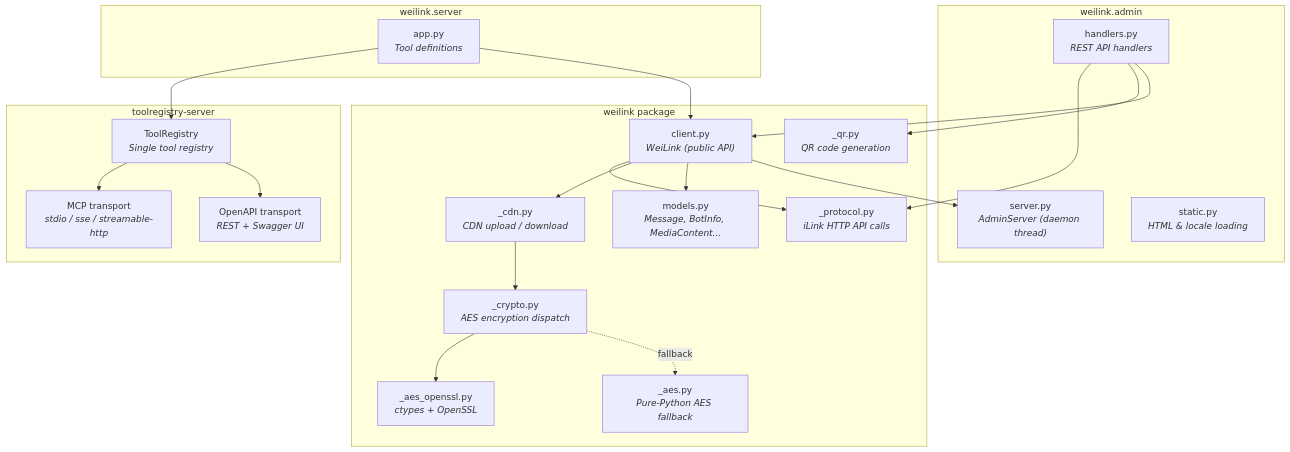
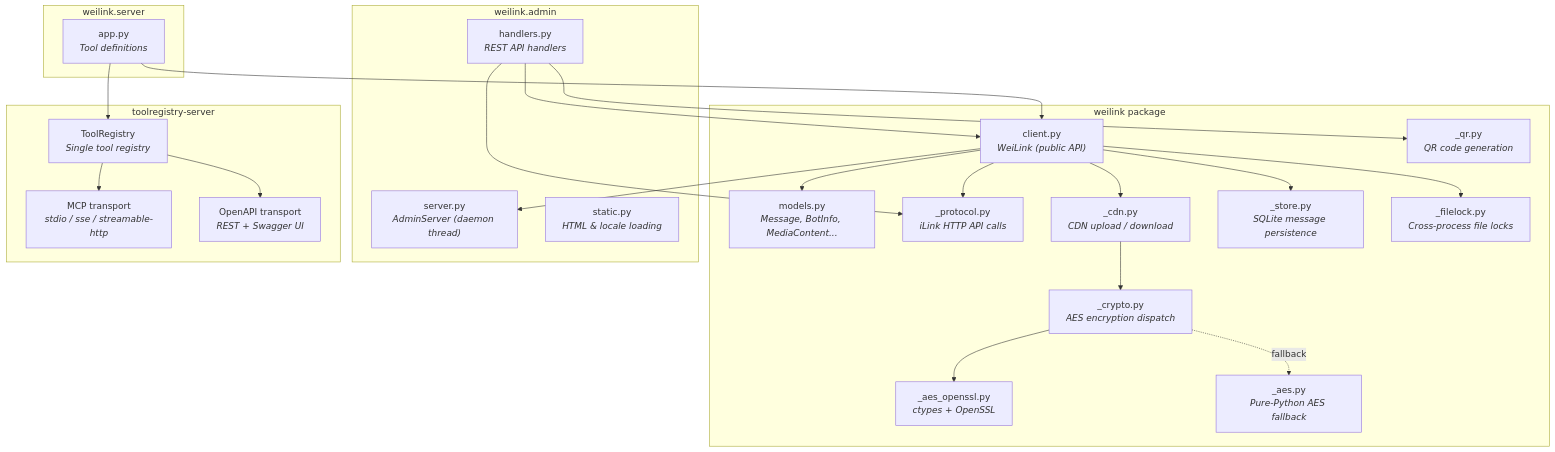
The first of 13 diagrams in docs/architecture.md (Oaklight/weilink), drawn with Mermaid before and after one commit. The commit also changed other lines of this file, not shown here.

Commit message:
Add SQLite persistence, Route C, and multi-client coordination docs

````diff
--- a/docs/architecture.md
+++ b/docs/architecture.md
@@ -7,44 +7,48 @@
 ```mermaid
 graph TB
     subgraph "weilink package"
         client["client.py<br/><i>WeiLink (public API)</i>"]
         models["models.py<br/><i>Message, BotInfo, MediaContent...</i>"]
         protocol["_protocol.py<br/><i>iLink HTTP API calls</i>"]
         cdn["_cdn.py<br/><i>CDN upload / download</i>"]
         crypto["_crypto.py<br/><i>AES encryption dispatch</i>"]
         aes_ssl["_aes_openssl.py<br/><i>ctypes + OpenSSL</i>"]
         aes_py["_aes.py<br/><i>Pure-Python AES fallback</i>"]
         qr["_qr.py<br/><i>QR code generation</i>"]
+        store["_store.py<br/><i>SQLite message persistence</i>"]
+        filelock["_filelock.py<br/><i>Cross-process file locks</i>"]
     end
 
     subgraph "weilink.admin"
         admin_srv["server.py<br/><i>AdminServer (daemon thread)</i>"]
         admin_hdl["handlers.py<br/><i>REST API handlers</i>"]
         admin_stc["static.py<br/><i>HTML & locale loading</i>"]
     end
 
     subgraph "weilink.server"
         mcp_srv["app.py<br/><i>Tool definitions</i>"]
     end
 
     subgraph "toolregistry-server"
         tr["ToolRegistry<br/><i>Single tool registry</i>"]
         mcp_out["MCP transport<br/><i>stdio / sse / streamable-http</i>"]
         openapi_out["OpenAPI transport<br/><i>REST + Swagger UI</i>"]
     end
 
     client --> protocol
     client --> cdn
     client --> models
     client --> admin_srv
+    client --> store
+    client --> filelock
     cdn --> crypto
     crypto --> aes_ssl
     crypto -.->|fallback| aes_py
     admin_hdl --> protocol
     admin_hdl --> qr
     admin_hdl --> client
     mcp_srv --> tr
     tr --> mcp_out
     tr --> openapi_out
     mcp_srv --> client
 ```
````
